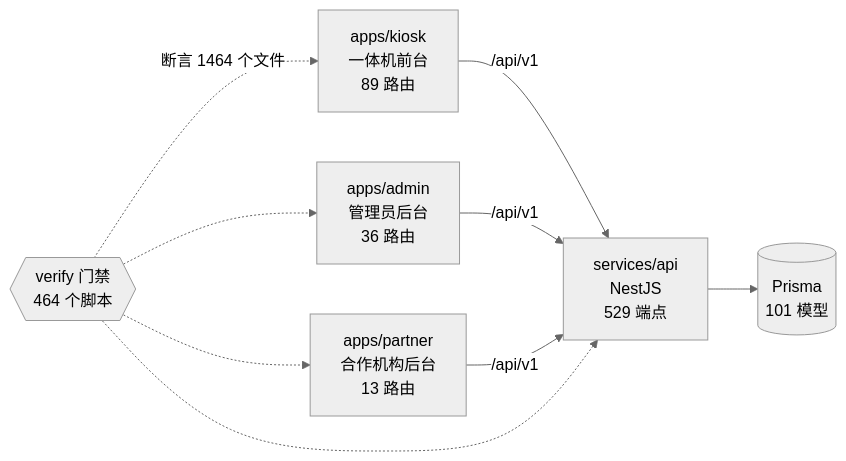
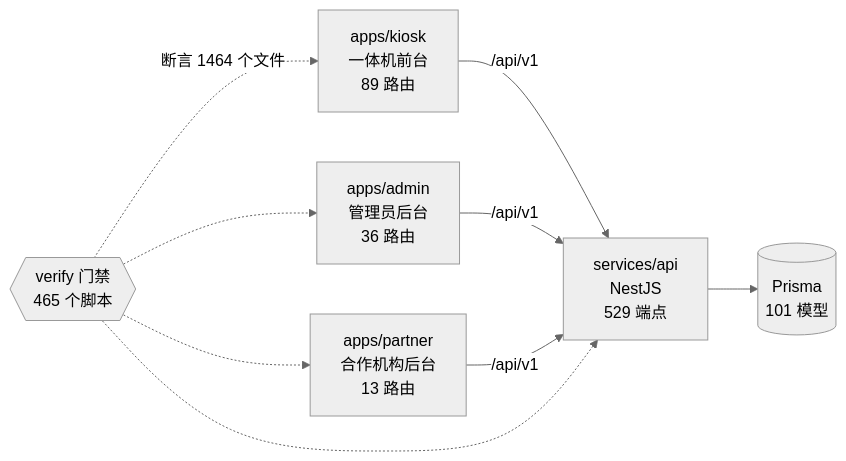
Before and after one commit to wanglei581/YITIJI: the diagram in docs/graph/README.md, drawn with Mermaid (neutral theme). The commit also changed other lines of this file and 14 other files, not shown here.

````diff
--- a/docs/graph/README.md
+++ b/docs/graph/README.md
@@ -68,18 +68,18 @@
 ```mermaid
 flowchart LR
   kiosk["apps/kiosk<br/>一体机前台<br/>89 路由"]
   admin["apps/admin<br/>管理员后台<br/>36 路由"]
   partner["apps/partner<br/>合作机构后台<br/>13 路由"]
   api["services/api<br/>NestJS<br/>529 端点"]
   db[("Prisma<br/>101 模型")]
-  gates{{"verify 门禁<br/>464 个脚本"}}
+  gates{{"verify 门禁<br/>465 个脚本"}}
 
   kiosk -->|"/api/v1"| api
   admin -->|"/api/v1"| api
   partner -->|"/api/v1"| api
   api --> db
   gates -.->|"断言 1464 个文件"| kiosk
   gates -.-> admin
   gates -.-> partner
   gates -.-> api
 ```
````
